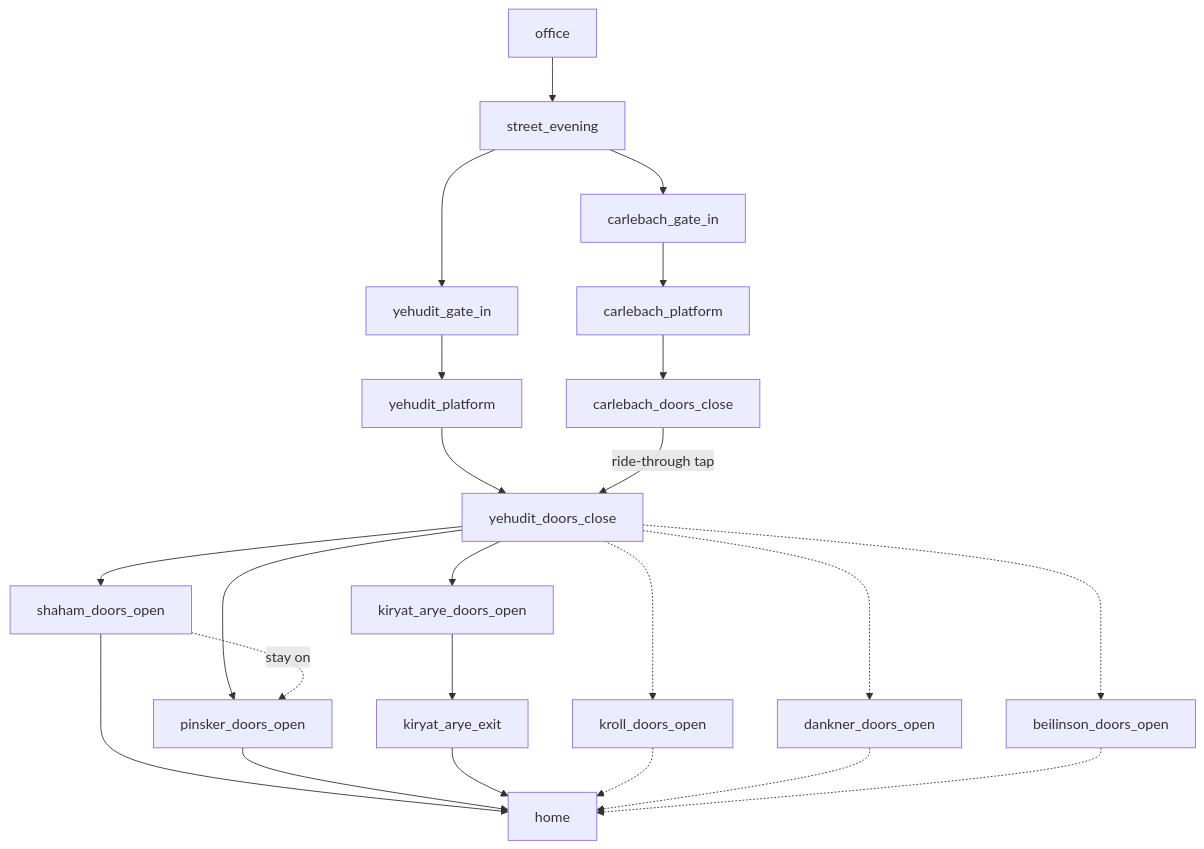
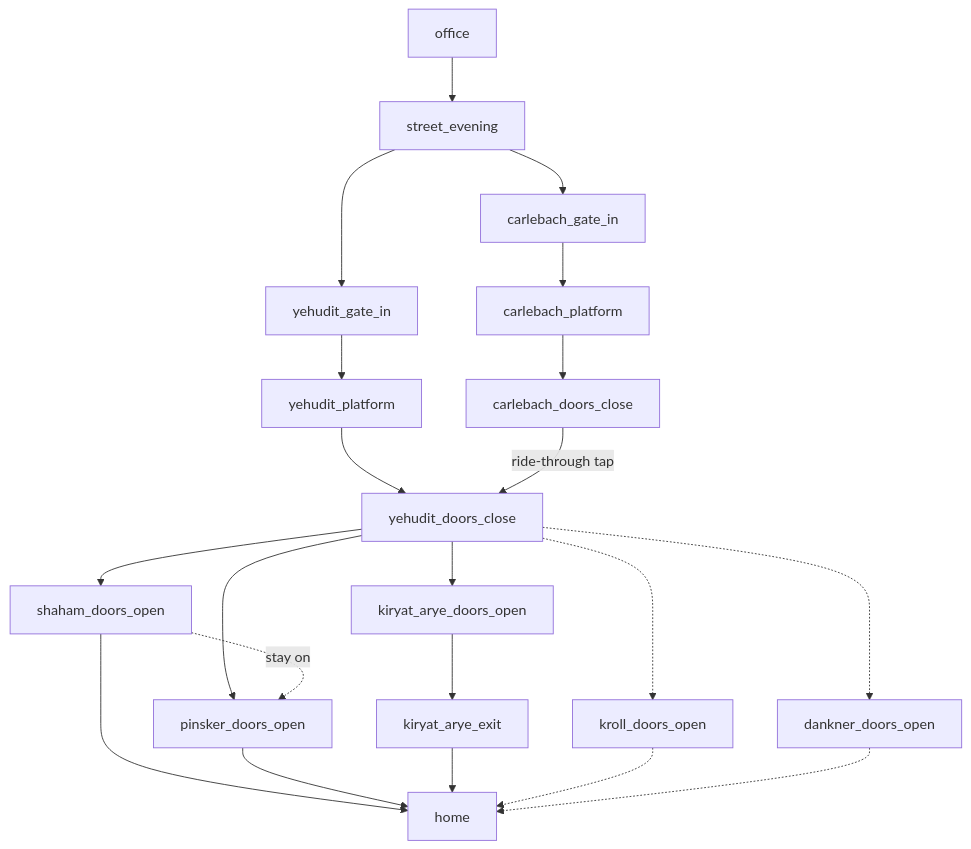
The second of 2 diagrams in SPEC.md (Voskov/path-race), drawn with Mermaid before and after one commit. The commit also changed other lines of this file and 1 other file, not shown here.

First line of the commit message:
Remove Beilinson from the boarding options

````diff
--- a/SPEC.md
+++ b/SPEC.md
@@ -97,25 +94,23 @@
 ```mermaid
 flowchart TD
     OF[office] --> ST_E[street_evening]
     ST_E --> YG2[yehudit_gate_in]
     ST_E --> CG2[carlebach_gate_in]
     YG2 --> YP[yehudit_platform]
     CG2 --> CP[carlebach_platform]
     CP --> CDC[carlebach_doors_close]
     YP --> YDC[yehudit_doors_close]
     CDC -->|ride-through tap| YDC
     YDC --> SDO[shaham_doors_open]
     YDC --> PDO[pinsker_doors_open]
     YDC --> KDO[kiryat_arye_doors_open]
     YDC -.-> KRDO[kroll_doors_open]
     YDC -.-> DDO[dankner_doors_open]
-    YDC -.-> BDO[beilinson_doors_open]
     SDO -.->|stay on| PDO
     KDO --> KEX[kiryat_arye_exit]
     SDO --> H2[home]
     PDO --> H2
     KEX --> H2
     KRDO -.-> H2
     DDO -.-> H2
-    BDO -.-> H2
 ```
````
